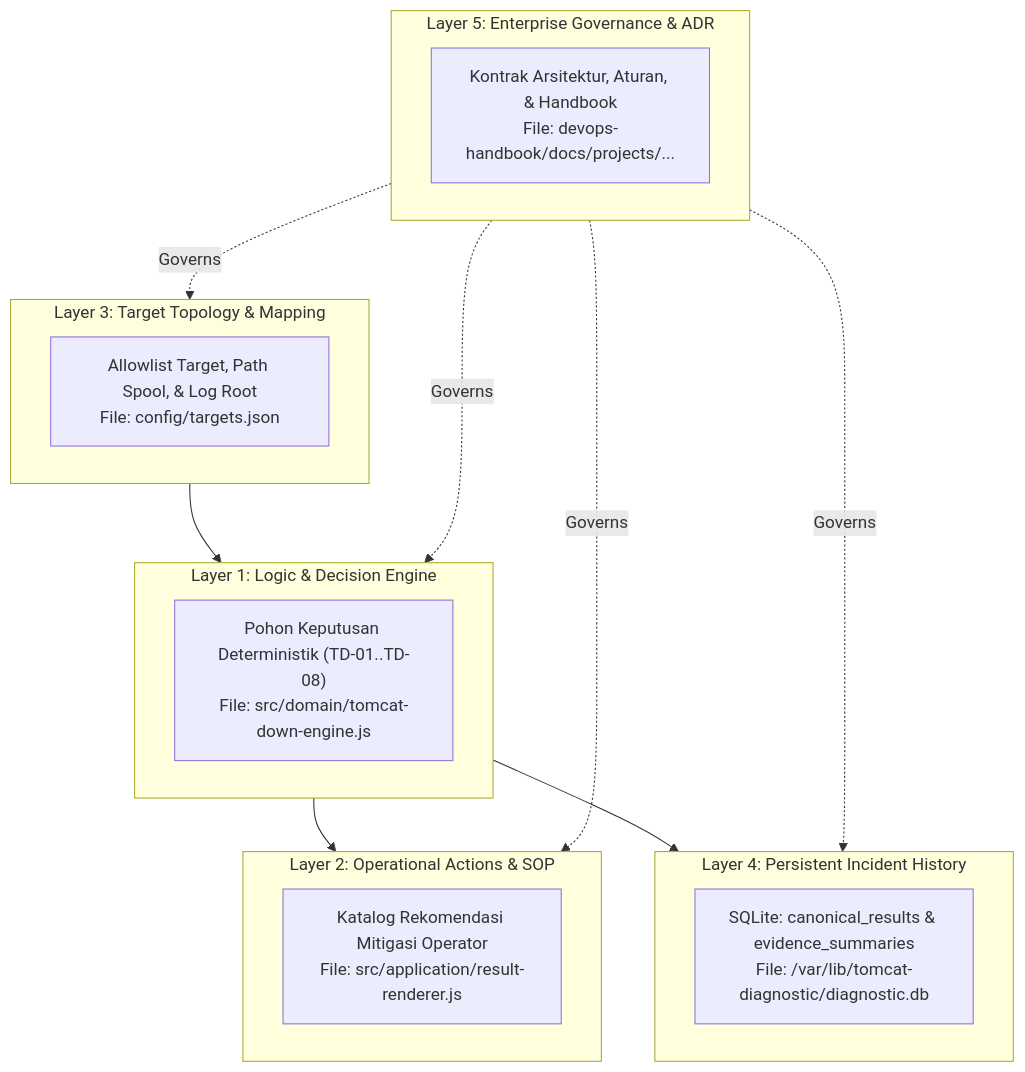
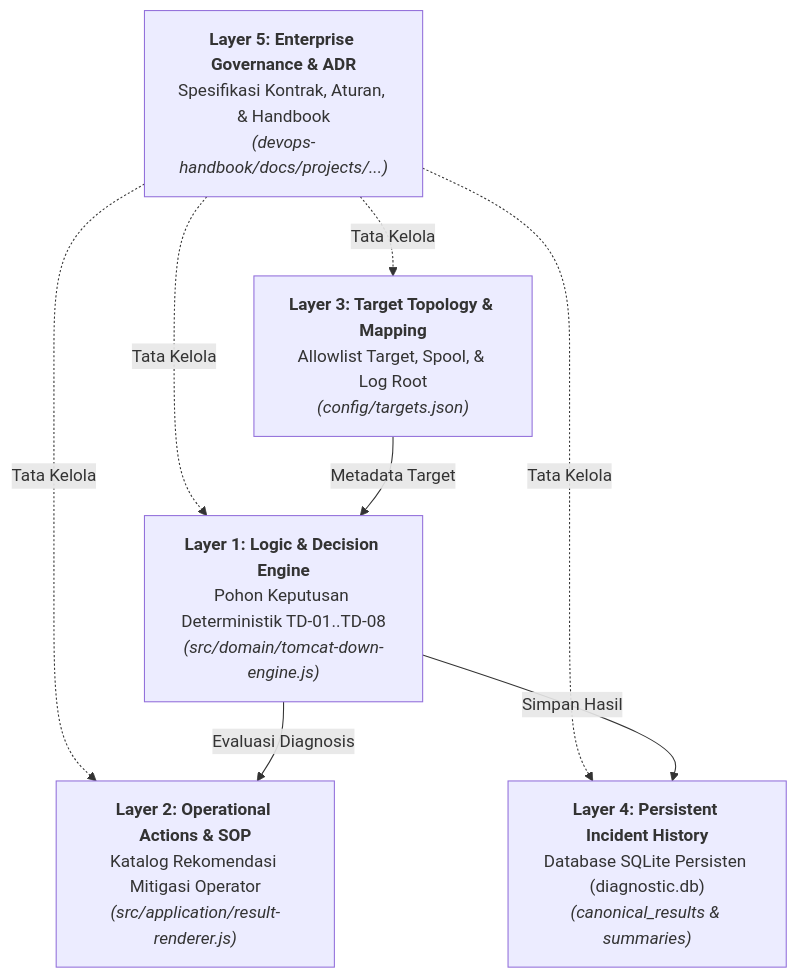
The first of 3 diagrams in docs/projects/tomcat-monitoring/diagnostic-mvp/knowledge-base-and-ai-enrichment-architecture.md (edkas07-oss/devops-handbook), drawn with Mermaid before and after one commit. The commit also changed other lines of this file, not shown here.

Commit message:
docs(architecture): eliminate nested subgraphs and optimize Mermaid node wrapping

````diff
--- a/docs/projects/tomcat-monitoring/diagnostic-mvp/knowledge-base-and-ai-enrichment-architecture.md
+++ b/docs/projects/tomcat-monitoring/diagnostic-mvp/knowledge-base-and-ai-enrichment-architecture.md
@@ -13,27 +13,17 @@
 ```mermaid
 flowchart TD
-    subgraph L1 ["Layer 1: Logic & Decision Engine"]
-        L1_Desc["Pohon Keputusan Deterministik (TD-01..TD-08)<br/>File: src/domain/tomcat-down-engine.js"]
-    end
+    L5["<b>Layer 5: Enterprise Governance & ADR</b><br/>Spesifikasi Kontrak, Aturan, & Handbook<br/><i>(devops-handbook/docs/projects/...)</i>"]
     
-    subgraph L2 ["Layer 2: Operational Actions & SOP"]
-        L2_Desc["Katalog Rekomendasi Mitigasi Operator<br/>File: src/application/result-renderer.js"]
-    end
+    L3["<b>Layer 3: Target Topology & Mapping</b><br/>Allowlist Target, Spool, & Log Root<br/><i>(config/targets.json)</i>"]
     
-    subgraph L3 ["Layer 3: Target Topology & Mapping"]
-        L3_Desc["Allowlist Target, Path Spool, & Log Root<br/>File: config/targets.json"]
-    end
+    L1["<b>Layer 1: Logic & Decision Engine</b><br/>Pohon Keputusan Deterministik TD-01..TD-08<br/><i>(src/domain/tomcat-down-engine.js)</i>"]
     
-    subgraph L4 ["Layer 4: Persistent Incident History"]
-        L4_Desc["SQLite: canonical_results & evidence_summaries<br/>File: /var/lib/tomcat-diagnostic/diagnostic.db"]
-    end
+    L2["<b>Layer 2: Operational Actions & SOP</b><br/>Katalog Rekomendasi Mitigasi Operator<br/><i>(src/application/result-renderer.js)</i>"]
     
-    subgraph L5 ["Layer 5: Enterprise Governance & ADR"]
-        L5_Desc["Kontrak Arsitektur, Aturan, & Handbook<br/>File: devops-handbook/docs/projects/..."]
-    end
+    L4["<b>Layer 4: Persistent Incident History</b><br/>Database SQLite Persisten (diagnostic.db)<br/><i>(canonical_results & summaries)</i>"]
 
-    L1 --> L2
-    L3 --> L1
-    L1 --> L4
-    L5 -.->|Governs| L1 & L2 & L3 & L4
+    L5 -.->|"Tata Kelola"| L3 & L1 & L2 & L4
+    L3 -->|"Metadata Target"| L1
+    L1 -->|"Evaluasi Diagnosis"| L2
+    L1 -->|"Simpan Hasil"| L4
 ```
````
